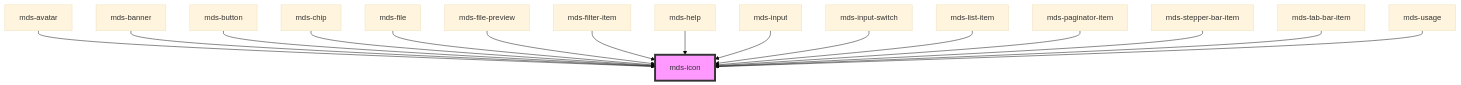
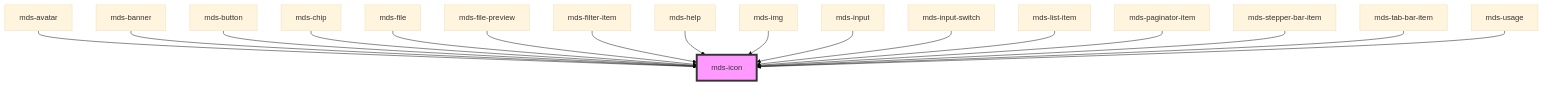
One commit to magma-design-system/magma changed the diagram in projects/stencil/src/components/mds-icon/readme.md. Above: the diagram before and after it, drawn with Mermaid (base theme). The commit also changed other lines of this file and 7 other files, not shown here.

````diff
--- a/projects/stencil/src/components/mds-icon/readme.md
+++ b/projects/stencil/src/components/mds-icon/readme.md
@@ -130,19 +131,20 @@
 ```mermaid
 graph TD;
   mds-avatar --> mds-icon
   mds-banner --> mds-icon
   mds-button --> mds-icon
   mds-chip --> mds-icon
   mds-file --> mds-icon
   mds-file-preview --> mds-icon
   mds-filter-item --> mds-icon
   mds-help --> mds-icon
+  mds-img --> mds-icon
   mds-input --> mds-icon
   mds-input-switch --> mds-icon
   mds-list-item --> mds-icon
   mds-paginator-item --> mds-icon
   mds-stepper-bar-item --> mds-icon
   mds-tab-bar-item --> mds-icon
   mds-usage --> mds-icon
   style mds-icon fill:#f9f,stroke:#333,stroke-width:4px
 ```
````
